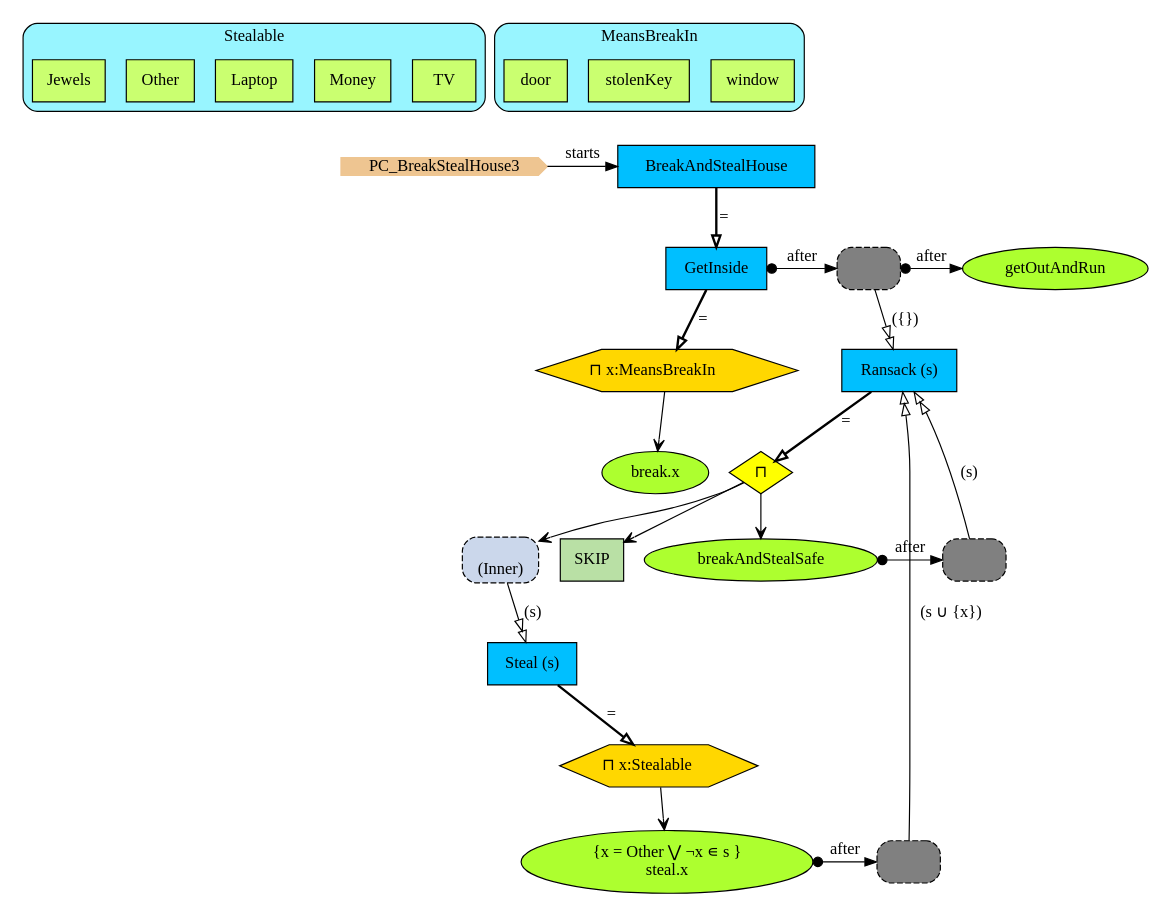
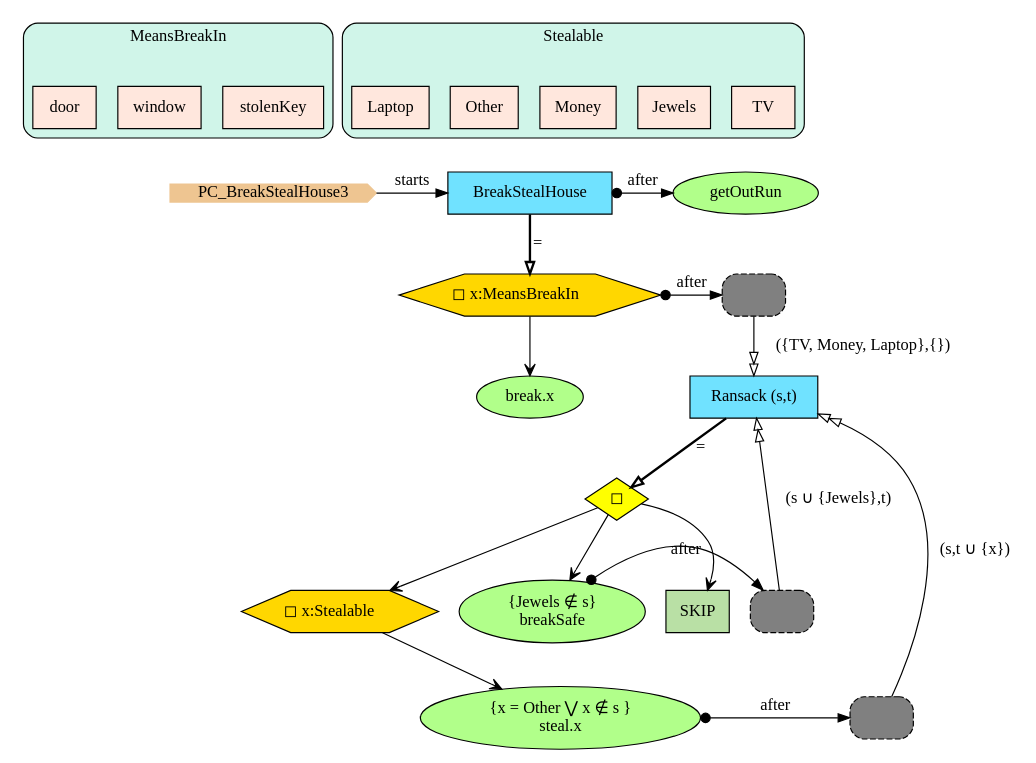
The diagram in Haskell/PCs/Examples/img/PC_BreakStealHouse3.gv (namalio/Fragmenta), drawn with Graphviz before and after one commit. The commit also changed 70 other files, not shown here.

```diff
--- a/Haskell/PCs/Examples/img/PC_BreakStealHouse3.gv
+++ b/Haskell/PCs/Examples/img/PC_BreakStealHouse3.gv
@@ -1,69 +1,63 @@
 digraph {
+subgraph cluster_MeansBreakIn {
+style="filled,rounded";
+label =MeansBreakIn;
+fillcolor = "#D0F5E9";
+stolenKey[shape=box,fillcolor="#FFE7DD",style="filled",label="stolenKey"];
+window[shape=box,fillcolor="#FFE7DD",style="filled",label="window"];
+door[shape=box,fillcolor="#FFE7DD",style="filled",label="door"];
+}
+
 subgraph cluster_Stealable {
 style="filled,rounded";
 label =Stealable;
-fillcolor = cadetblue1;
-TV[shape=box,fillcolor=darkolivegreen1,style="filled",label="TV"];
-Money[shape=box,fillcolor=darkolivegreen1,style="filled",label="Money"];
-Laptop[shape=box,fillcolor=darkolivegreen1,style="filled",label="Laptop"];
-Other[shape=box,fillcolor=darkolivegreen1,style="filled",label="Other"];
-Jewels[shape=box,fillcolor=darkolivegreen1,style="filled",label="Jewels"];
-}
-
-subgraph cluster_MeansBreakIn {
-style="filled,rounded";
-label =MeansBreakIn;
-fillcolor = cadetblue1;
-window[shape=box,fillcolor=darkolivegreen1,style="filled",label="window"];
-stolenKey[shape=box,fillcolor=darkolivegreen1,style="filled",label="stolenKey"];
-door[shape=box,fillcolor=darkolivegreen1,style="filled",label="door"];
+fillcolor = "#D0F5E9";
+TV[shape=box,fillcolor="#FFE7DD",style="filled",label="TV"];
+Jewels[shape=box,fillcolor="#FFE7DD",style="filled",label="Jewels"];
+Money[shape=box,fillcolor="#FFE7DD",style="filled",label="Money"];
+Other[shape=box,fillcolor="#FFE7DD",style="filled",label="Other"];
+Laptop[shape=box,fillcolor="#FFE7DD",style="filled",label="Laptop"];
 }
 
 
-TV->StartN_[style=invis]
+stolenKey->StartN_[style=invis]
 StartN_ [shape = cds,color=burlywood2,style=filled,height=.2,width=.2, label =PC_BreakStealHouse3];
 
-BreakAndStealHouse [shape=box,fillcolor=deepskyblue,style = filled,label="BreakAndStealHouse"];
-QOpGetInside [shape=hexagon,fillcolor=gold1,style=filled,label=<⊓ x:MeansBreakIn>];
-Ransack [shape=box,fillcolor=deepskyblue,style = filled,label="Ransack (s)"];
-OpRansack [shape=diamond,fillcolor=yellow,style=filled,label="⊓"];
-breakAndStealSafe [shape=ellipse,fillcolor=greenyellow,style=filled,label="breakAndStealSafe"];
-QStealO [shape=hexagon,fillcolor=gold1,style=filled,label=<⊓ x:Stealable>];
-RefSteal [shape=rectangle,fillcolor="#CBD7EB",style="rounded,filled,dashed",label="
-(Inner)"];
-RefRansack3 [shape=rectangle,fillcolor=gray,style="rounded,filled,dashed",label=""];
-getOutAndRun [shape=ellipse,fillcolor=greenyellow,style=filled,label="getOutAndRun"];
-RefRansack2 [shape=rectangle,fillcolor=gray,style="rounded,filled,dashed",label=""];
-steal [shape=ellipse,fillcolor=greenyellow,style=filled,label=" {x = Other ⋁ ¬x ∊ s }
+BreakStealHouse [shape=box,fillcolor="#70E2FF",style = filled,label="BreakStealHouse"];
+break [shape=ellipse,fillcolor="#B1FF8A",style=filled,label="break.x"];
+getOutRun [shape=ellipse,fillcolor="#B1FF8A",style=filled,label="getOutRun"];
+Op74d978e6 [shape=diamond,fillcolor=yellow,style=filled,label="◻︎"];
+steal [shape=ellipse,fillcolor="#B1FF8A",style=filled,label=" {x = Other ⋁ x ∉ s }
 steal.x"];
-SKIP [shape=box,fillcolor="#B9E0A5",style = filled,label="SKIP"];
-Steal [shape=box,fillcolor=deepskyblue,style = filled,label="Steal (s)"];
-RefRansack [shape=rectangle,fillcolor=gray,style="rounded,filled,dashed",label=""];
-break [shape=ellipse,fillcolor=greenyellow,style=filled,label="break.x"];
-GetInside [shape=box,fillcolor=deepskyblue,style = filled,label="GetInside"];
+breakSafe [shape=ellipse,fillcolor="#B1FF8A",style=filled,label=" {Jewels ∉ s}
+breakSafe"];
+Skipa69a1fc [shape=box,fillcolor="#B9E0A5",style = filled,label="SKIP"];
+RefRansack3c4c72de [shape=rectangle,fillcolor=gray,style="rounded,filled,dashed",label=""];
+RefRansack25c215b6 [shape=rectangle,fillcolor=gray,style="rounded,filled,dashed",label=""];
+Q2baeb3ce [shape=hexagon,fillcolor=gold1,style=filled,label=<◻︎ x:Stealable>];
+Ransack [shape=box,fillcolor="#70E2FF",style = filled,label="Ransack (s,t)"];
+RefRansack6542b430 [shape=rectangle,fillcolor=gray,style="rounded,filled,dashed",label=""];
+Q59536fcc [shape=hexagon,fillcolor=gold1,style=filled,label=<◻︎ x:MeansBreakIn>];
 
-{rank=same;getOutAndRun,RefRansack}
-{rank=same;getOutAndRun,RefRansack,GetInside}
-{rank=same;RefRansack2,steal}
-{rank=same;RefRansack3,breakAndStealSafe}
-{rank=same;BreakAndStealHouse,StartN_}
+{rank=same;RefRansack6542b430,Q59536fcc}
+{rank=same;getOutRun,BreakStealHouse}
+{rank=same;RefRansack3c4c72de,steal}
+{rank=same;RefRansack25c215b6,breakSafe}
+{rank=same;BreakStealHouse,StartN_}
 
-RefRansack->getOutAndRun[arrowtail=dot,dir=both,label="after"];
-RefRansack3->Ransack[arrowhead="normalnormal",fillcolor=white,label=" (s)"];
-RefRansack2->Ransack[arrowhead="normalnormal",fillcolor=white,label=" (s ∪ {x})"];
-OpRansack->breakAndStealSafe[arrowhead="open"];
-RefSteal->Steal[arrowhead="normalnormal",fillcolor=white,label=" (s)"];
-GetInside->RefRansack[arrowtail=dot,dir=both,label="after"];
-QOpGetInside->break[arrowhead="open"];
-RefRansack->Ransack[arrowhead="normalnormal",fillcolor=white,label=" ({})"];
-QStealO->steal[arrowhead="open"];
-OpRansack->RefSteal[arrowhead="open"];
-OpRansack->SKIP[arrowhead="open"];
-steal->RefRansack2[arrowtail=dot,dir=both,label="after"];
-breakAndStealSafe->RefRansack3[arrowtail=dot,dir=both,label="after"];
-BreakAndStealHouse->GetInside[arrowhead="onormal",penwidth=2,label="="];
-Ransack->OpRansack[arrowhead="onormal",penwidth=2,label="="];
-Steal->QStealO[arrowhead="onormal",penwidth=2,label="="];
-GetInside->QOpGetInside[arrowhead="onormal",penwidth=2,label="="];
-StartN_->BreakAndStealHouse[label="starts"];
+RefRansack3c4c72de->Ransack[arrowhead="normalnormal",fillcolor=white,label=" (s,t ∪ {x})"];
+RefRansack25c215b6->Ransack[arrowhead="normalnormal",fillcolor=white,label=" (s ∪ {Jewels},t)"];
+Q2baeb3ce->steal[arrowhead="open"];
+Op74d978e6->breakSafe[arrowhead="open"];
+RefRansack6542b430->Ransack[arrowhead="normalnormal",fillcolor=white,label=" ({TV, Money, Laptop},{})"];
+Q59536fcc->RefRansack6542b430[arrowtail=dot,dir=both,label="after"];
+BreakStealHouse->getOutRun[arrowtail=dot,dir=both,label="after"];
+Q59536fcc->break[arrowhead="open"];
+Op74d978e6->Q2baeb3ce[arrowhead="open"];
+Op74d978e6->Skipa69a1fc[arrowhead="open"];
+steal->RefRansack3c4c72de[arrowtail=dot,dir=both,label="after"];
+breakSafe->RefRansack25c215b6[arrowtail=dot,dir=both,label="after"];
+BreakStealHouse->Q59536fcc[arrowhead="onormal",penwidth=2,label="="];
+Ransack->Op74d978e6[arrowhead="onormal",penwidth=2,label="="];
+StartN_->BreakStealHouse[label="starts"];
 }
```
